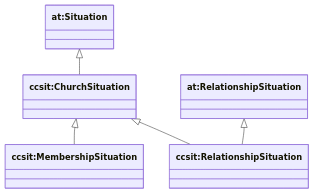
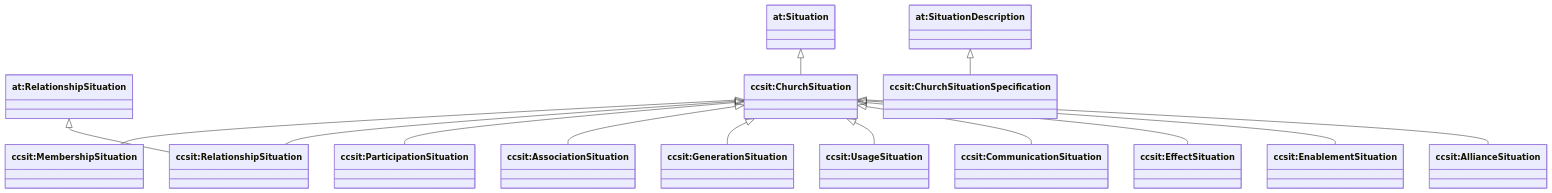
The first of 3 diagrams in packages/churchcore-ontology/docs/ontology/situations.md (RichCanvas3/churchcore), drawn with Mermaid before and after one commit. The commit also changed other lines of this file and 39 other files, not shown here.

````diff
--- a/packages/churchcore-ontology/docs/ontology/situations.md
+++ b/packages/churchcore-ontology/docs/ontology/situations.md
@@ -12,16 +21,35 @@
 ```mermaid
 classDiagram
 direction TB
 
 class at_Situation["at:Situation"]
+class at_SituationDescription["at:SituationDescription"]
 class at_RelationshipSituation["at:RelationshipSituation"]
 
 class ccsit_ChurchSituation["ccsit:ChurchSituation"]
+class ccsit_ChurchSituationSpecification["ccsit:ChurchSituationSpecification"]
 class ccsit_MembershipSituation["ccsit:MembershipSituation"]
 class ccsit_RelationshipSituation["ccsit:RelationshipSituation"]
+class ccsit_ParticipationSituation["ccsit:ParticipationSituation"]
+class ccsit_AssociationSituation["ccsit:AssociationSituation"]
+class ccsit_GenerationSituation["ccsit:GenerationSituation"]
+class ccsit_UsageSituation["ccsit:UsageSituation"]
+class ccsit_CommunicationSituation["ccsit:CommunicationSituation"]
+class ccsit_EffectSituation["ccsit:EffectSituation"]
+class ccsit_EnablementSituation["ccsit:EnablementSituation"]
+class ccsit_AllianceSituation["ccsit:AllianceSituation"]
 
 at_Situation <|-- ccsit_ChurchSituation
+at_SituationDescription <|-- ccsit_ChurchSituationSpecification
 ccsit_ChurchSituation <|-- ccsit_MembershipSituation
 ccsit_ChurchSituation <|-- ccsit_RelationshipSituation
+ccsit_ChurchSituation <|-- ccsit_ParticipationSituation
+ccsit_ChurchSituation <|-- ccsit_AssociationSituation
+ccsit_ChurchSituation <|-- ccsit_GenerationSituation
+ccsit_ChurchSituation <|-- ccsit_UsageSituation
+ccsit_ChurchSituation <|-- ccsit_CommunicationSituation
+ccsit_ChurchSituation <|-- ccsit_EffectSituation
+ccsit_ChurchSituation <|-- ccsit_EnablementSituation
+ccsit_ChurchSituation <|-- ccsit_AllianceSituation
 at_RelationshipSituation <|-- ccsit_RelationshipSituation
 ```
````
